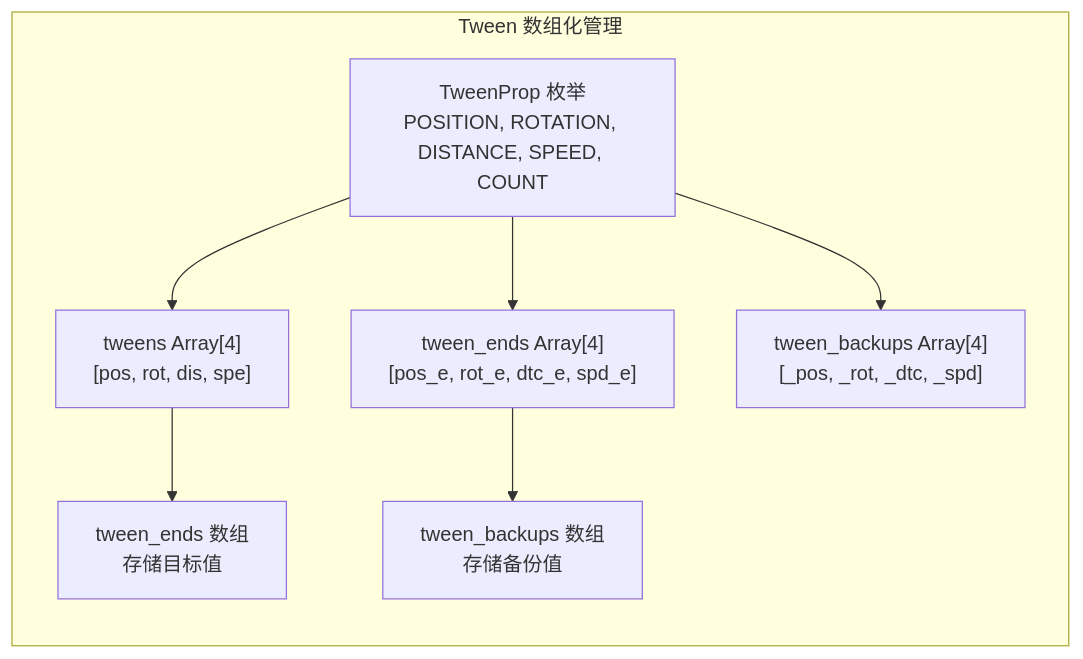
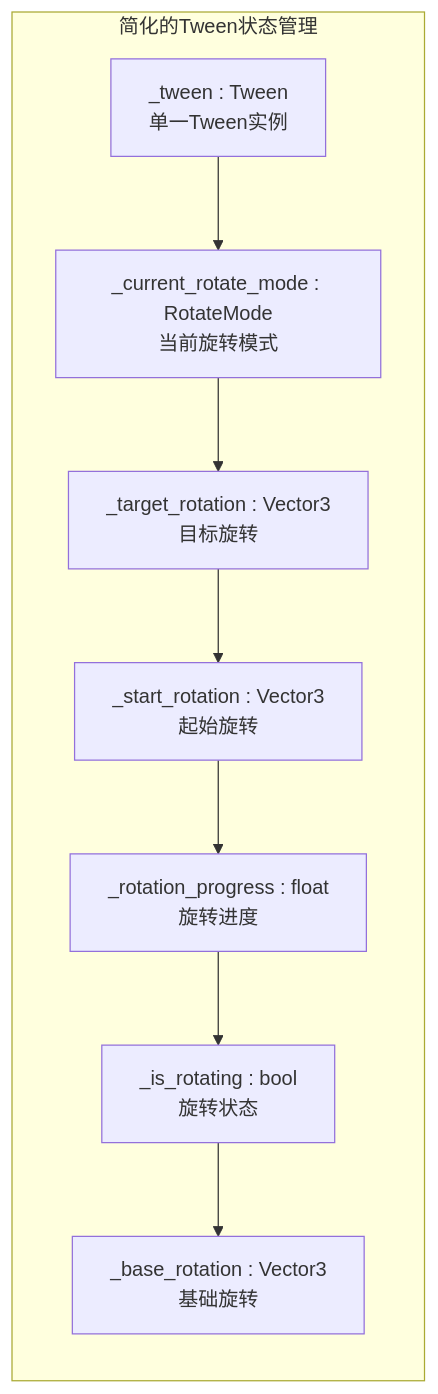
The tenth of 12 diagrams in .qoder/repowiki/zh/content/游戏系统/相机系统/相机跟随系统.md (godotline/godot-line), drawn with Mermaid before and after one commit. The commit also changed other lines of this file and 55 other files, not shown here.

````diff
--- a/.qoder/repowiki/zh/content/游戏系统/相机系统/相机跟随系统.md
+++ b/.qoder/repowiki/zh/content/游戏系统/相机系统/相机跟随系统.md
@@ -390,16 +396,18 @@
 ```mermaid
 graph LR
-subgraph "Tween 数组化管理"
-TP["TweenProp 枚举<br/>POSITION, ROTATION, DISTANCE, SPEED, COUNT"]
-TWEENS["tweens Array[4]<br/>[pos, rot, dis, spe]"]
-TWEEN_ENDS["tween_ends Array[4]<br/>[pos_e, rot_e, dtc_e, spd_e]"]
-TWEEN_BACKUPS["tween_backups Array[4]<br/>[_pos, _rot, _dtc, _spd]"]
-ENDS["tween_ends 数组<br/>存储目标值"]
-BACKUPS["tween_backups 数组<br/>存储备份值"]
+subgraph "简化的Tween状态管理"
+TWEEN["_tween : Tween<br/>单一Tween实例"]
+ROTATE_MODE["_current_rotate_mode : RotateMode<br/>当前旋转模式"]
+TARGET_ROT["_target_rotation : Vector3<br/>目标旋转"]
+START_ROT["_start_rotation : Vector3<br/>起始旋转"]
+ROT_PROGRESS["_rotation_progress : float<br/>旋转进度"]
+IS_ROTATING["_is_rotating : bool<br/>旋转状态"]
+BASE_ROT["_base_rotation : Vector3<br/>基础旋转"]
 end
-TP --> TWEENS
-TP --> TWEEN_ENDS
-TP --> TWEEN_BACKUPS
-TWEENS --> ENDS
-TWEEN_ENDS --> BACKUPS
+TWEEN --> ROTATE_MODE
+ROTATE_MODE --> TARGET_ROT
+TARGET_ROT --> START_ROT
+START_ROT --> ROT_PROGRESS
+ROT_PROGRESS --> IS_ROTATING
+IS_ROTATING --> BASE_ROT
 ```
````
